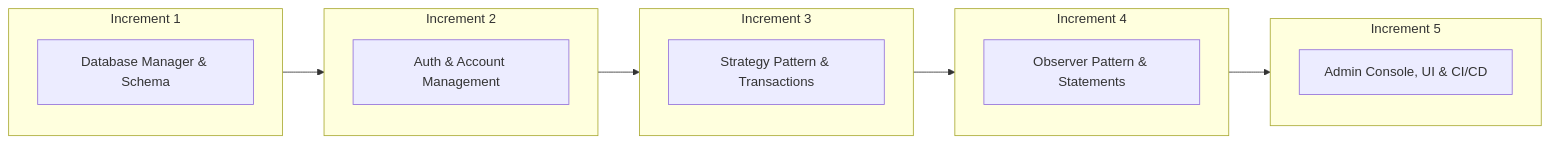
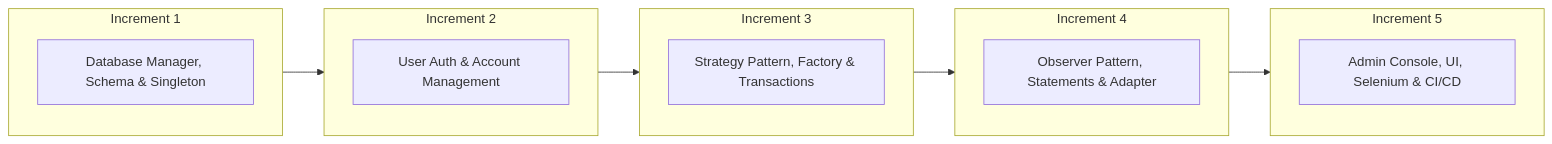
One commit to EyaminH/ATM-Transaction-System changed the first of 2 diagrams in PROJECT_REPORT.md. Above: the diagram before and after it, drawn with Mermaid. The commit also changed other lines of this file and 1 other file, not shown here.

````diff
--- a/PROJECT_REPORT.md
+++ b/PROJECT_REPORT.md
@@ -22,19 +23,19 @@
 ```mermaid
 flowchart LR
     subgraph Inc1 [Increment 1]
-        I1[Database Manager & Schema]
+        I1[Database Manager, Schema & Singleton]
     end
     subgraph Inc2 [Increment 2]
-        I2[Auth & Account Management]
+        I2[User Auth & Account Management]
     end
     subgraph Inc3 [Increment 3]
-        I3[Strategy Pattern & Transactions]
+        I3[Strategy Pattern, Factory & Transactions]
     end
     subgraph Inc4 [Increment 4]
-        I4[Observer Pattern & Statements]
+        I4[Observer Pattern, Statements & Adapter]
     end
     subgraph Inc5 [Increment 5]
-        I5[Admin Console, UI & CI/CD]
+        I5[Admin Console, UI, Selenium & CI/CD]
     end
     Inc1 --> Inc2 --> Inc3 --> Inc4 --> Inc5
 ```
````
